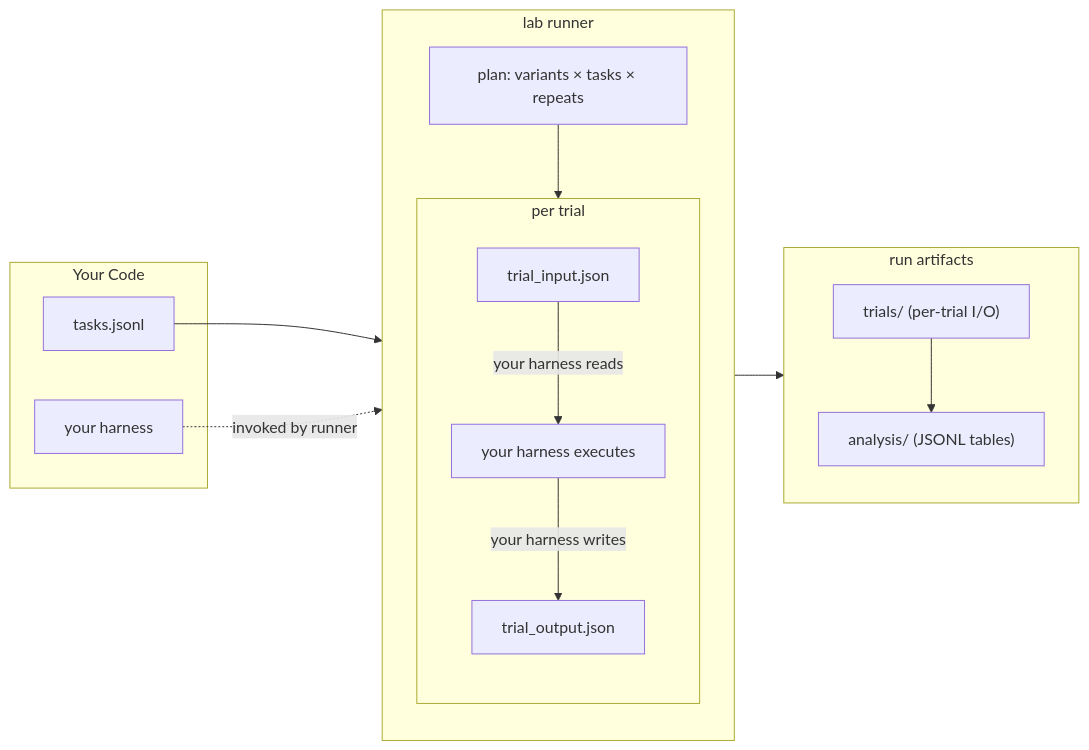
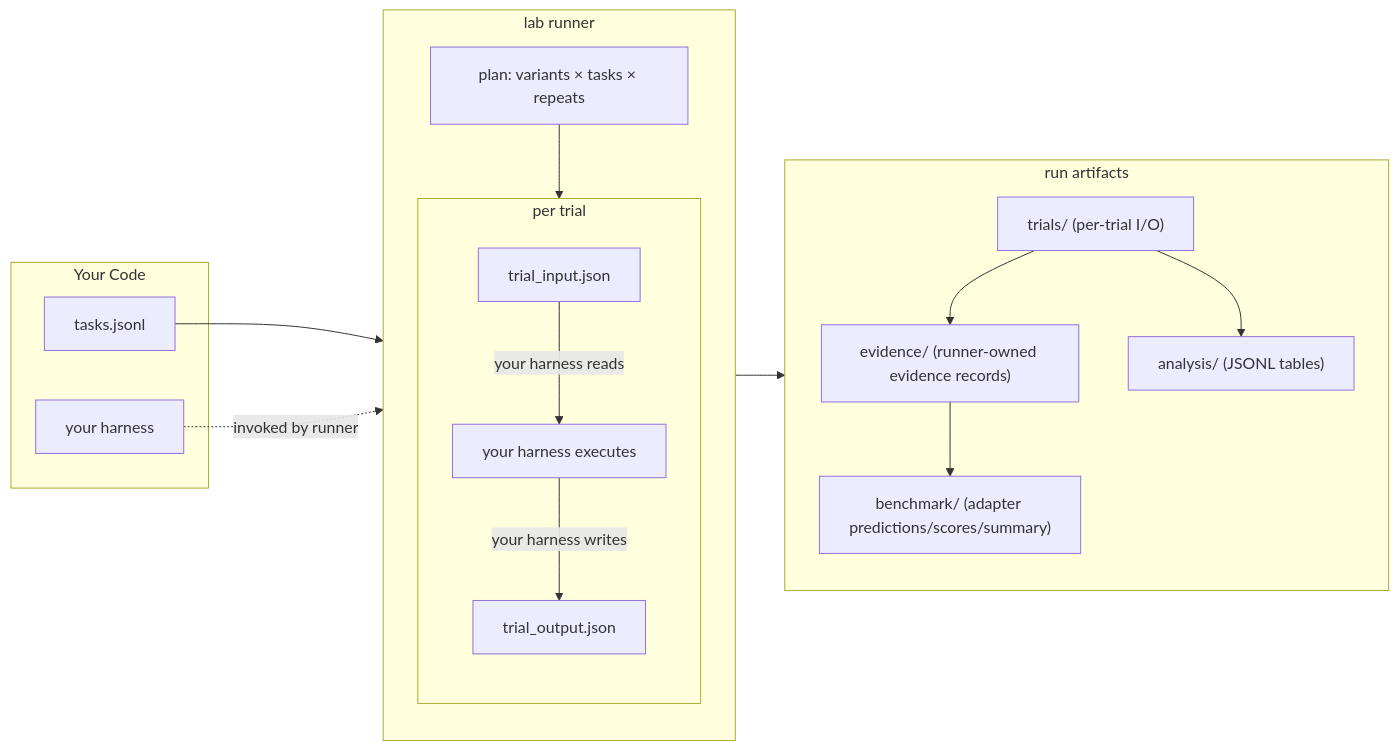
The diagram in README.md (nishiokj/experiments), drawn with Mermaid before and after one commit. The commit also changed other lines of this file and 21 other files, not shown here.

````diff
--- a/README.md
+++ b/README.md
@@ -36,30 +36,34 @@
 ```mermaid
 flowchart LR
   subgraph yours [" Your Code "]
     TASKS["tasks.jsonl"]
     HARNESS["your harness"]
   end
 
   subgraph runner [" lab runner "]
     direction TB
     PLAN["plan: variants × tasks × repeats"]
     PLAN --> TRIAL
 
     subgraph TRIAL [" per trial "]
       direction TB
       IN["trial_input.json"] -->|your harness reads| EXEC["your harness executes"]
       EXEC -->|your harness writes| OUT["trial_output.json"]
     end
   end
 
   subgraph output [" run artifacts "]
     direction TB
     TDIR["trials/ (per-trial I/O)"]
+    EVID["evidence/ (runner-owned evidence records)"]
+    BMARK["benchmark/ (adapter predictions/scores/summary)"]
     ANALYSIS["analysis/ (JSONL tables)"]
   end
 
   TASKS --> PLAN
   HARNESS -.->|invoked by runner| EXEC
   TRIAL --> TDIR
+  TDIR --> EVID
+  EVID --> BMARK
   TDIR --> ANALYSIS
 ```
````
